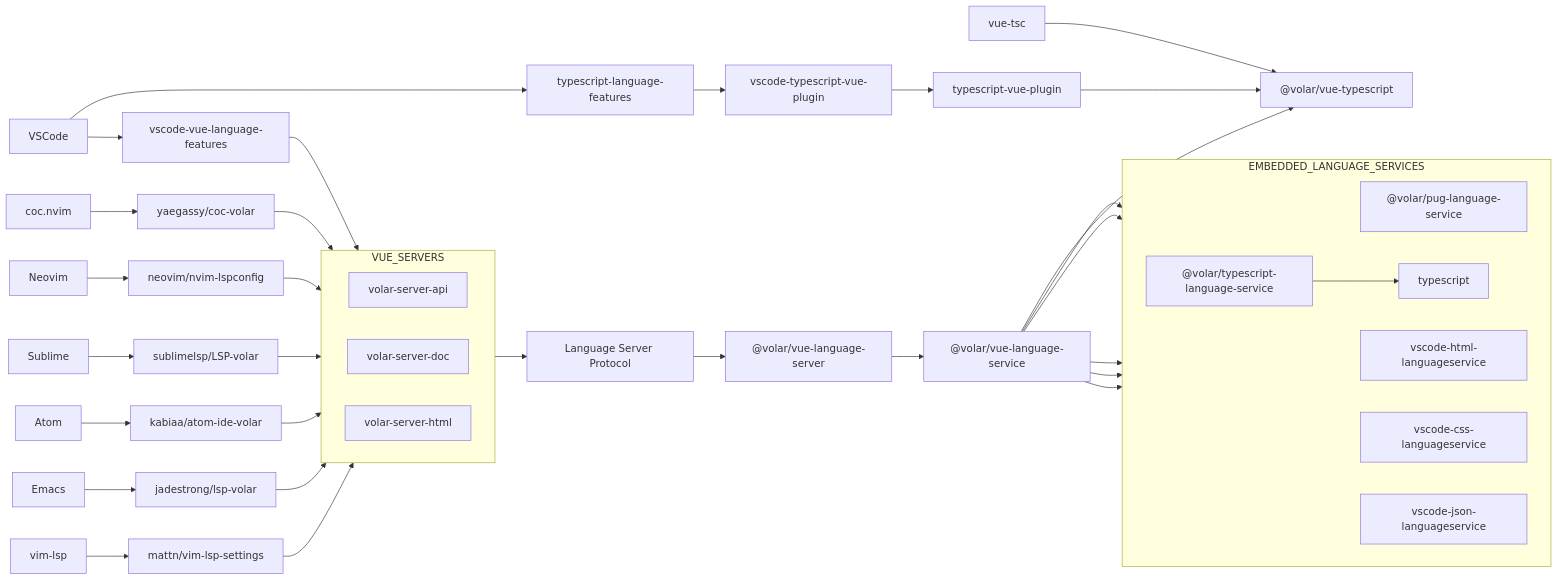
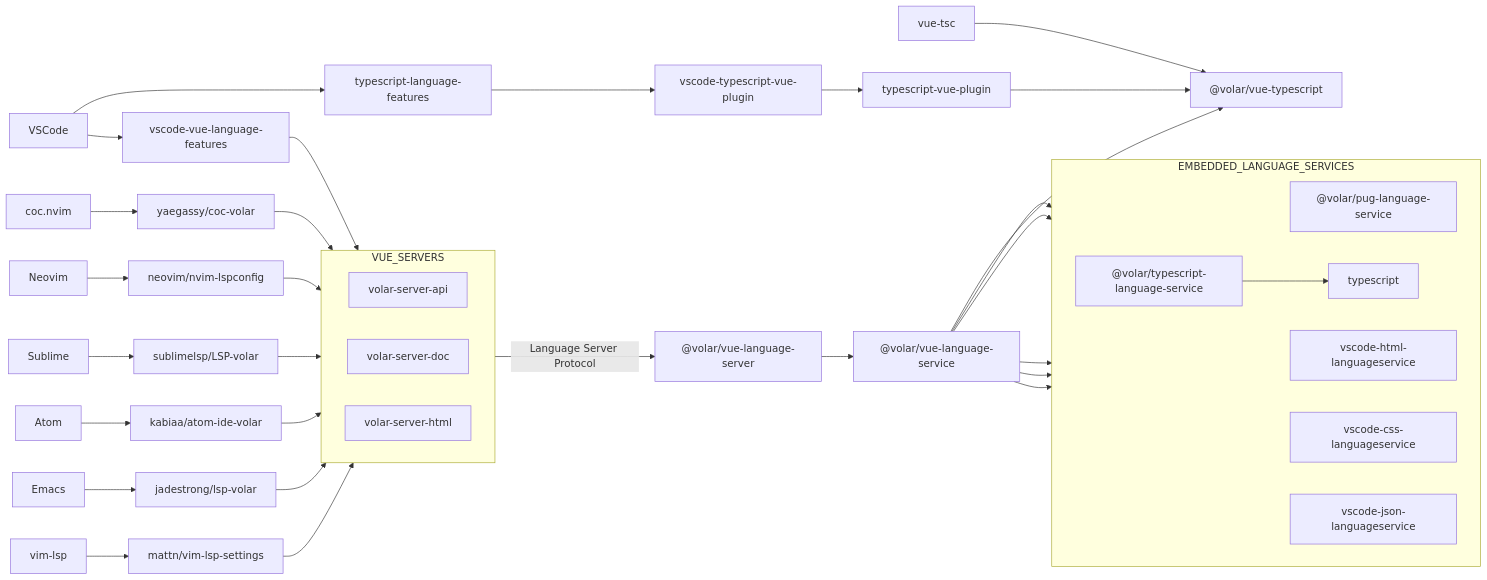
The diagram in README.md (vuejs/language-tools), drawn with Mermaid before and after one commit.

Commit message:
doc: remove LSP node

```diff
--- a/README.md
+++ b/README.md
@@ -58,7 +58,6 @@
     VSC_TS[typescript-language-features]
 
     %% LSP
-    LSP[Language Server Protocol]
     VUE_SERVER_API[volar-server-api]
     VUE_SERVER_DOC[volar-server-doc]
     VUE_SERVER_HTML[volar-server-html]
@@ -68,7 +67,7 @@
     VSC_TSVP[vscode-typescript-vue-plugin]
 
     %% Volar - Packages
-    VUE_SEVER["@volar/vue-language-server"]
+    VUE_SERVER["@volar/vue-language-server"]
     VTS["@volar/vue-typescript"]
     VUE_SERVICE["@volar/vue-language-service"]
     PUG_SERVICE["@volar/pug-language-service"]
@@ -114,13 +113,12 @@
     EMACS_VUE --> VUE_SERVERS
     VIM_LSP_VUE --> VUE_SERVERS
 
-    VUE_SERVERS --> LSP
-    LSP --> VUE_SEVER
+    VUE_SERVERS -- Language Server Protocol --> VUE_SERVER
 
     VSC --> VSC_TS
     VSC_TS --> VSC_TSVP
     VSC_TSVP --> TSVP
-    VUE_SEVER --> VUE_SERVICE
+    VUE_SERVER --> VUE_SERVICE
     VTSC --> VTS
     TSVP --> VTS
 
```
